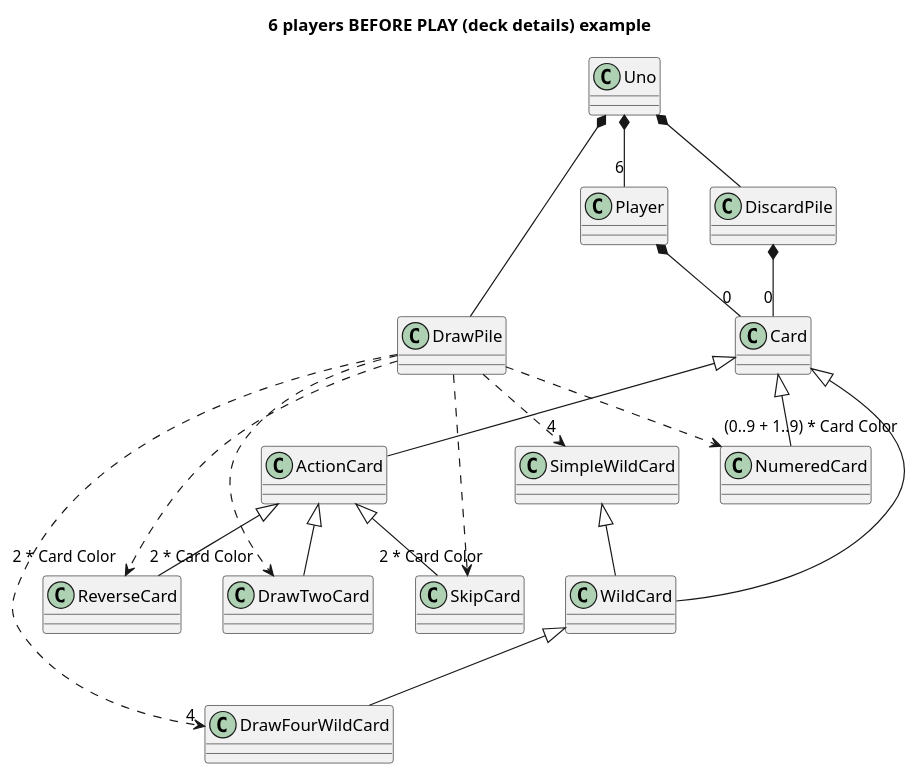
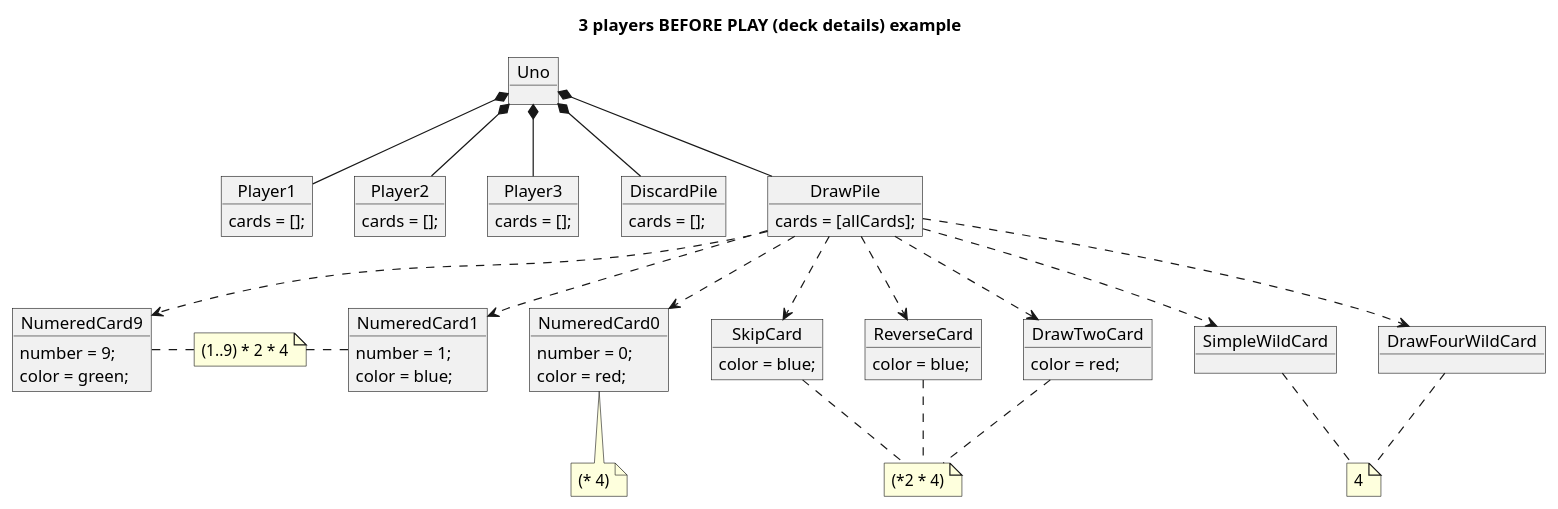
Before and after one commit to x-USantaTecla-game-uno/requirements: the diagram in Docs/DomainModel/BeforePlay-DeckDetails.puml, drawn with PlantUML. The commit also changed 1 other file, not shown here.

Commit message:
Refactoring BeforePlay-DeckDetails from class diagram to object diagram.

```diff
--- a/Docs/DomainModel/BeforePlay-DeckDetails.puml
+++ b/Docs/DomainModel/BeforePlay-DeckDetails.puml
@@ -1,31 +1,108 @@
 @startuml
 
-Title 6 players BEFORE PLAY (deck details) example
+Title 3 players BEFORE PLAY (deck details) example
+
+
+object Uno {
+}
+
+object Player1{
+    cards = [];
+}
+
+object Player2{
+    cards = [];
+}
+
+object Player3{
+    cards = [];
+}
+
+object DiscardPile{
+    cards = [];
+}
+
+object DrawPile{
+    cards = [allCards];
+}
+
+object NumeredCard0{
+    number = 0;
+    color = red;
+}
+
+object NumeredCard1{
+    number = 1;
+    color = blue;
+}
+
+object NumeredCard9{
+    number = 9;
+    color = green;
+}
+
+object SkipCard{
+    color = blue;
+}
+
+object ReverseCard {
+    color = blue;
+}
+
+object DrawTwoCard{
+    color = red;
+
+}
+
+object SimpleWildCard{
+}
+
+object DrawFourWildCard{
+}
+
+
+note as Just4
+    4
+endnote
+
+note as 1ForColor
+    (* 4)
+endnote
+
+note as 2CopiesByColor
+    (*2 * 4)
+endnote
+
+note as 1to9NumeredNote
+    (1..9) * 2 * 4
+endnote
 
 Uno *-- DrawPile
-Uno *-right- DiscardPile
-Uno *-- "6" Player
+Uno *-- DiscardPile
+Uno *-- Player1
+Uno *-- Player2
+Uno *-- Player3
 
-Player *-- "0" Card
+DrawPile ..>  NumeredCard0
+DrawPile ..>  NumeredCard1
+DrawPile ..>  NumeredCard9
+DrawPile ..> SkipCard
+DrawPile ..> ReverseCard
+DrawPile ..> DrawTwoCard
+DrawPile ..> SimpleWildCard
+DrawPile ..> DrawFourWildCard
 
-DiscardPile *-- "0" Card
+NumeredCard0 .. 1ForColor
 
-Card <|-- NumeredCard
-Card <|-- ActionCard
+1to9NumeredNote .r. NumeredCard1
+1to9NumeredNote .l. NumeredCard9
 
-Card <|--WildCard
-WildCard <|-- DrawFourWildCard
-SimpleWildCard <|-- WildCard
+SkipCard .. 2CopiesByColor
+ReverseCard .. 2CopiesByColor
+DrawTwoCard .. 2CopiesByColor
 
-ActionCard <|-- DrawTwoCard
-ActionCard <|-- SkipCard
-ActionCard <|-- ReverseCard
+SimpleWildCard .. Just4
+DrawFourWildCard .. Just4
 
-DrawPile ..> "(0..9 + 1..9) * Card Color" NumeredCard
-DrawPile ..> "2 * Card Color" DrawTwoCard
-DrawPile ..> "2 * Card Color" ReverseCard
-DrawPile ..> "2 * Card Color" SkipCard
-DrawPile ..> "4" SimpleWildCard
-DrawPile ..> "4" DrawFourWildCard
  
 @enduml
```
